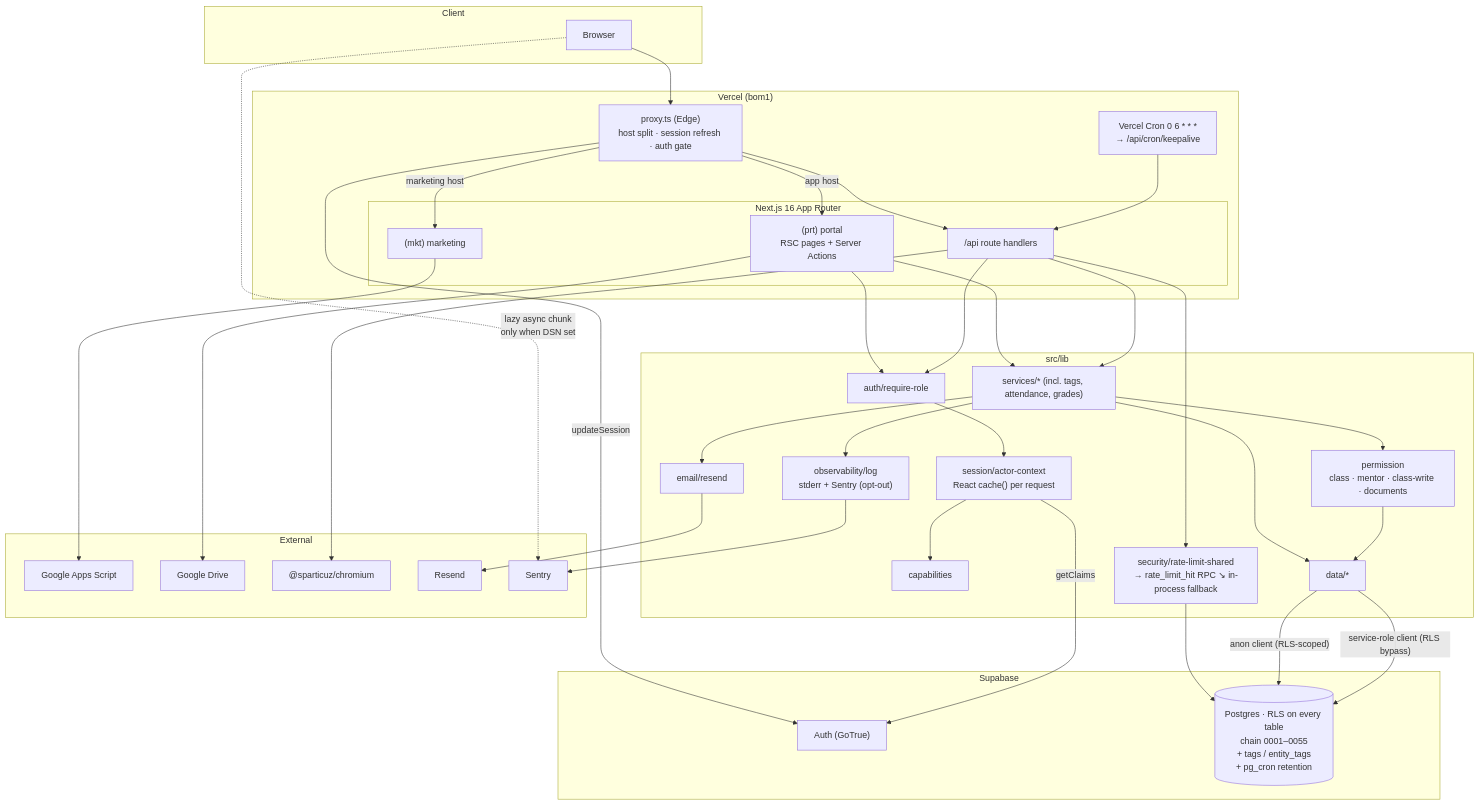
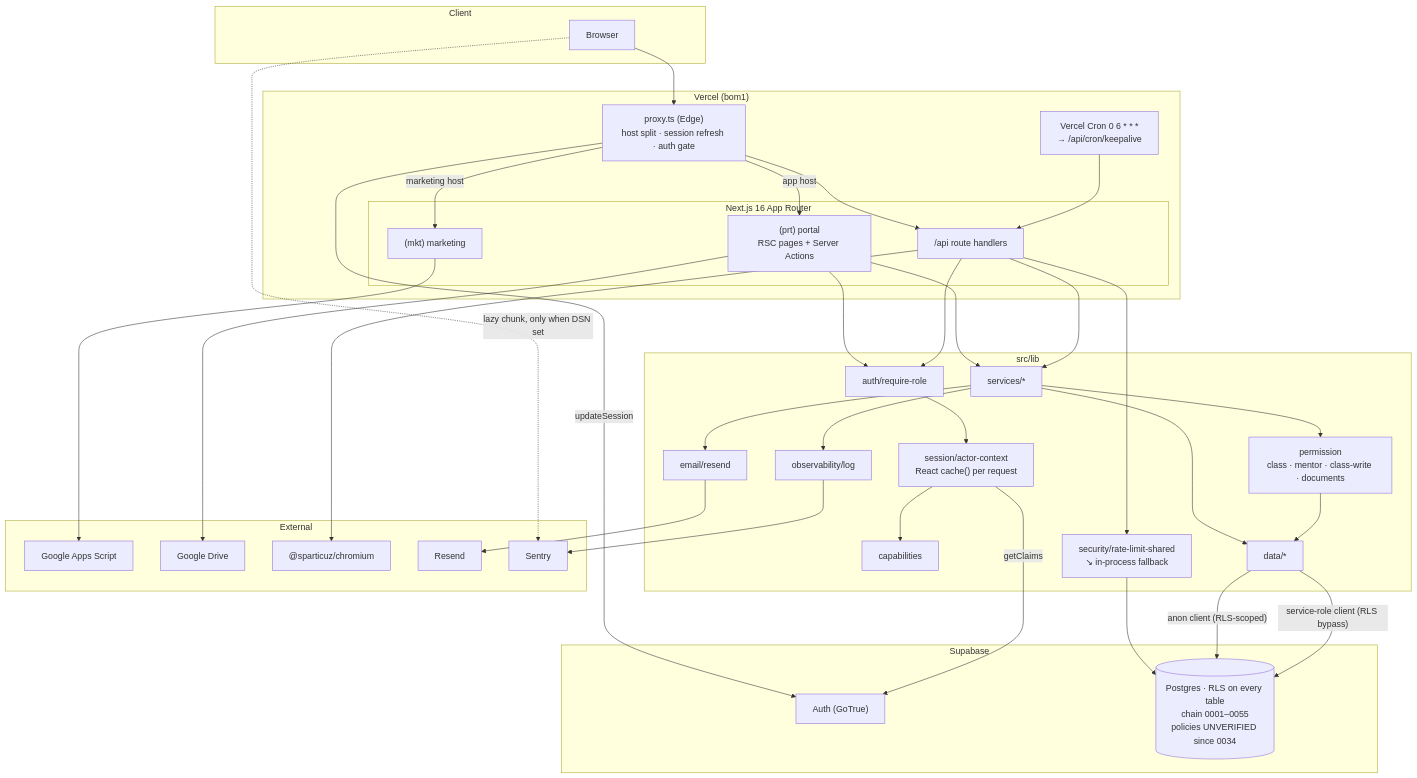
Before and after one commit to shamil3ilm/certed-test: the diagram in docs/qa/2026-08-03-architecture-audit.md, drawn with Mermaid. The commit also changed other lines of this file, not shown here.

Commit message:
docs: update architecture audit (Blocker 1 resolved; RLS-harness section)

````diff
--- a/docs/qa/2026-08-03-architecture-audit.md
+++ b/docs/qa/2026-08-03-architecture-audit.md
@@ -200,72 +181,72 @@
 ```mermaid
 flowchart TB
   subgraph Client
     B[Browser]
   end
 
   subgraph Vercel["Vercel (bom1)"]
     MW["proxy.ts (Edge)<br/>host split · session refresh · auth gate"]
     subgraph Next["Next.js 16 App Router"]
       MKT["(mkt) marketing"]
       PRT["(prt) portal<br/>RSC pages + Server Actions"]
       API["/api route handlers"]
     end
     CRON["Vercel Cron 0 6 * * *<br/>→ /api/cron/keepalive"]
   end
 
   subgraph Domain["src/lib"]
     GUARD["auth/require-role"]
     ACTOR["session/actor-context<br/>React cache() per request"]
     CAP["capabilities"]
     PERM["permission<br/>class · mentor · class-write · documents"]
-    SVC["services/* (incl. tags, attendance, grades)"]
+    SVC["services/*"]
     DATA["data/*"]
-    OBS["observability/log<br/>stderr + Sentry (opt-out)"]
-    RLS2["security/rate-limit-shared<br/>→ rate_limit_hit RPC ↘ in-process fallback"]
+    OBS["observability/log"]
+    RLS2["security/rate-limit-shared<br/>↘ in-process fallback"]
     MAILM["email/resend"]
   end
 
   subgraph Supabase
     AUTH["Auth (GoTrue)"]
-    PG[("Postgres · RLS on every table<br/>chain 0001–0055<br/>+ tags / entity_tags<br/>+ pg_cron retention")]
+    PG[("Postgres · RLS on every table<br/>chain 0001–0055<br/>policies UNVERIFIED since 0034")]
   end
 
   subgraph External
     GAS["Google Apps Script"]
     DRIVE["Google Drive"]
     CHROME["@sparticuz/chromium"]
     RESEND["Resend"]
     SENTRY["Sentry"]
   end
 
   B --> MW
   MW -->|marketing host| MKT
   MW -->|app host| PRT
   MW --> API
   MW -->|updateSession| AUTH
 
   PRT --> GUARD
   API --> GUARD
   GUARD --> ACTOR
   ACTOR --> CAP
   ACTOR -->|getClaims| AUTH
   PRT --> SVC
   API --> SVC
   API --> RLS2
   SVC --> PERM
   SVC --> DATA
   SVC --> OBS
   SVC --> MAILM
   MAILM --> RESEND
   OBS --> SENTRY
-  B -.->|"lazy async chunk<br/>only when DSN set"| SENTRY
+  B -.->|"lazy chunk, only when DSN set"| SENTRY
   PERM --> DATA
   RLS2 --> PG
   DATA -->|"anon client (RLS-scoped)"| PG
   DATA -->|"service-role client (RLS bypass)"| PG
 
   MKT --> GAS
   PRT --> DRIVE
   API --> CHROME
   CRON --> API
 ```
````
